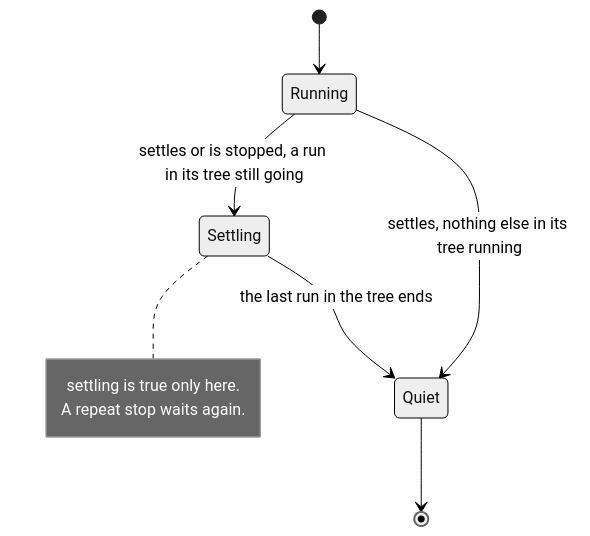
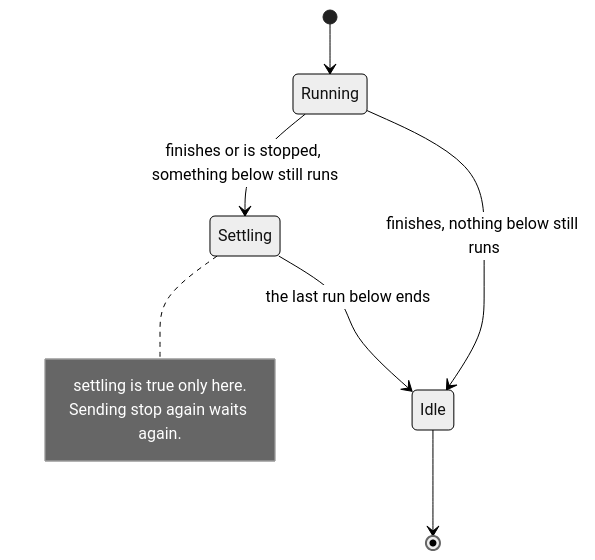
One commit to tintinweb/pi-subagents changed the fifth of 6 diagrams in docs/rpc.md. Above: the diagram before and after it, drawn with Mermaid (neutral theme). The commit also changed other lines of this file and 2 other files, not shown here.

````diff
--- a/docs/rpc.md
+++ b/docs/rpc.md
@@ -246,12 +251,12 @@
 ```mermaid
 stateDiagram-v2
   [*] --> Running
-  Running --> Settling: settles or is stopped, a run in its tree still going
-  Running --> Quiet: settles, nothing else in its tree running
-  Settling --> Quiet: the last run in the tree ends
-  Quiet --> [*]
+  Running --> Settling: finishes or is stopped, something below still runs
+  Running --> Idle: finishes, nothing below still runs
+  Settling --> Idle: the last run below ends
+  Idle --> [*]
   note right of Settling
     settling is true only here.
-    A repeat stop waits again.
+    Sending stop again waits again.
   end note
 ```
````
